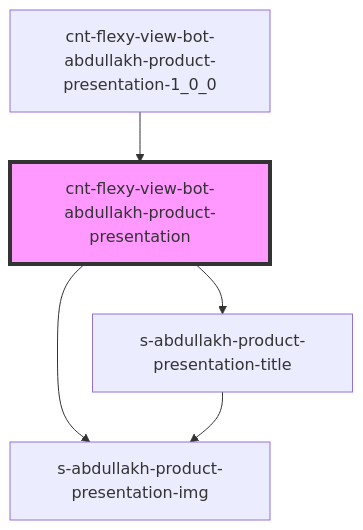
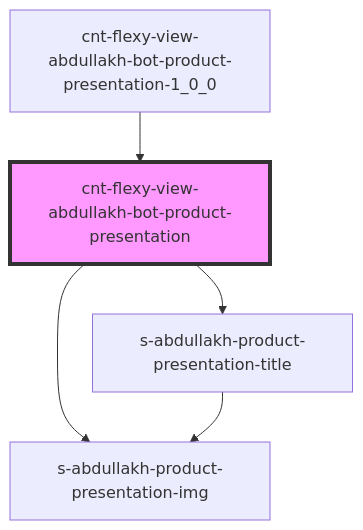
The diagram in src/components/cnt-flexy-view-abdullakh-bot-product-presentation-1_0_0/res/view/cnt-flexy-view-abdullakh-bot-product-presentation/readme.md (Wokh-Dada/botdevelopmentapp), drawn with Mermaid before and after one commit. The commit also changed other lines of this file and 24 other files, not shown here.

````diff
--- a/src/components/cnt-flexy-view-abdullakh-bot-product-presentation-1_0_0/res/view/cnt-flexy-view-abdullakh-bot-product-presentation/readme.md
+++ b/src/components/cnt-flexy-view-abdullakh-bot-product-presentation-1_0_0/res/view/cnt-flexy-view-abdullakh-bot-product-presentation/readme.md
@@ -35,8 +35,8 @@
 ```mermaid
 graph TD;
-  cnt-flexy-view-bot-abdullakh-product-presentation --> s-abdullakh-product-presentation-img
-  cnt-flexy-view-bot-abdullakh-product-presentation --> s-abdullakh-product-presentation-title
+  cnt-flexy-view-abdullakh-bot-product-presentation --> s-abdullakh-product-presentation-img
+  cnt-flexy-view-abdullakh-bot-product-presentation --> s-abdullakh-product-presentation-title
   s-abdullakh-product-presentation-title --> s-abdullakh-product-presentation-img
-  cnt-flexy-view-bot-abdullakh-product-presentation-1_0_0 --> cnt-flexy-view-bot-abdullakh-product-presentation
-  style cnt-flexy-view-bot-abdullakh-product-presentation fill:#f9f,stroke:#333,stroke-width:4px
+  cnt-flexy-view-abdullakh-bot-product-presentation-1_0_0 --> cnt-flexy-view-abdullakh-bot-product-presentation
+  style cnt-flexy-view-abdullakh-bot-product-presentation fill:#f9f,stroke:#333,stroke-width:4px
 ```
````
